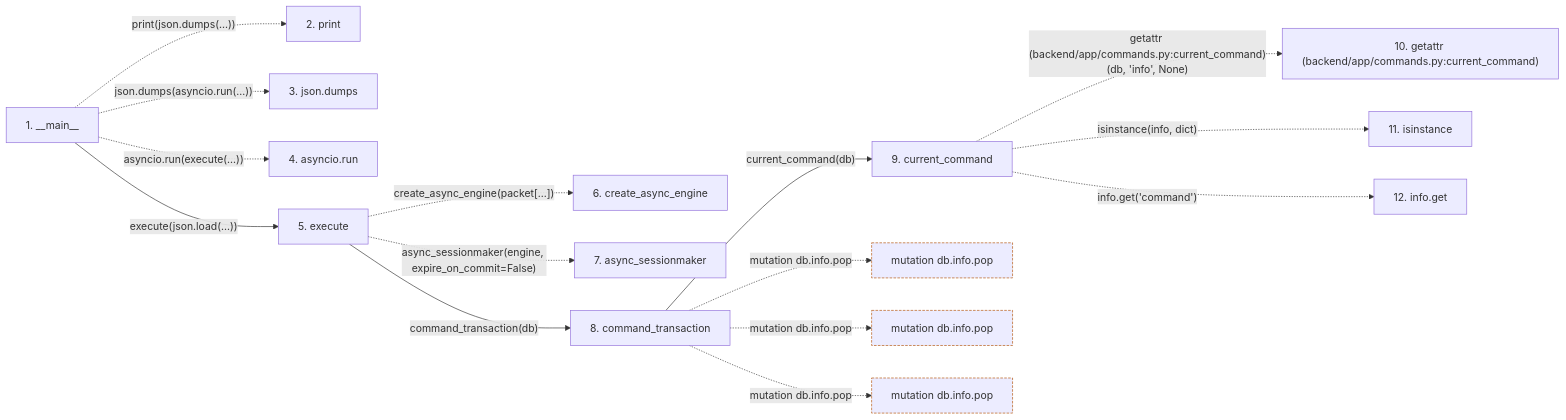
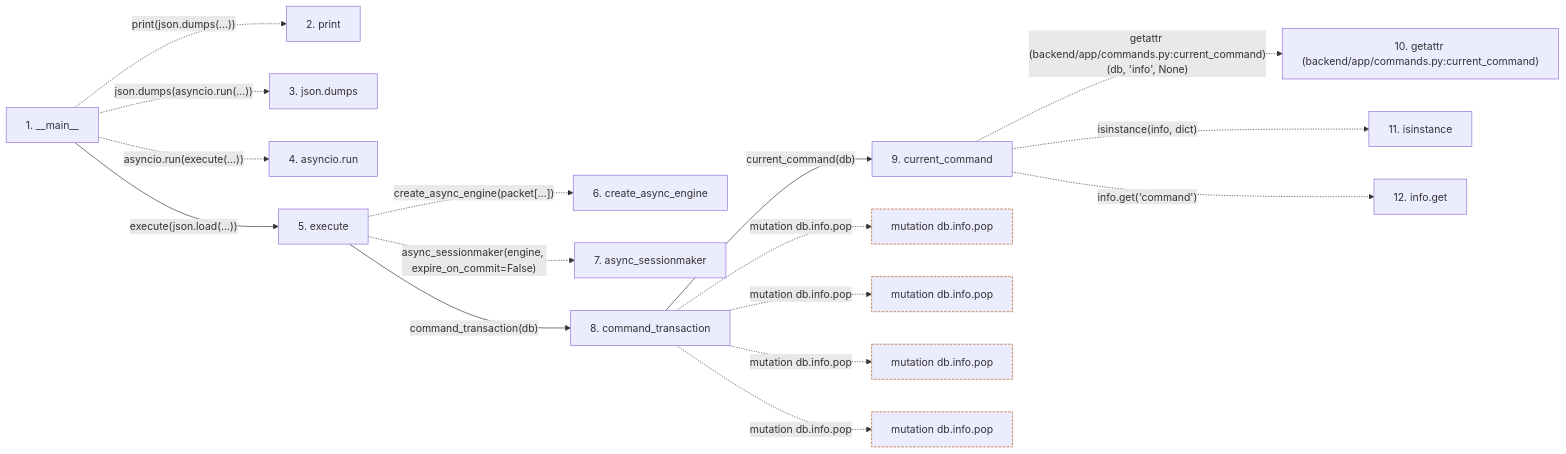
The second of 2 diagrams in docs/llm_wiki/flows/process-runtime_peer.md (Denissvgn/WorkChord), drawn with Mermaid before and after one commit. The commit also changed other lines of this file and 2344 other files, not shown here.

````diff
--- a/docs/llm_wiki/flows/process-runtime_peer.md
+++ b/docs/llm_wiki/flows/process-runtime_peer.md
@@ -85,40 +85,43 @@
 ```mermaid
 flowchart LR
     s1["1. __main__"]
     s2["2. print"]
     s3["3. json.dumps"]
     s4["4. asyncio.run"]
     s5["5. execute"]
     s6["6. create_async_engine"]
     s7["7. async_sessionmaker"]
     s8["8. command_transaction"]
     s9["9. current_command"]
     s10["10. getattr (backend/app/commands.py:current_command)"]
     s11["11. isinstance"]
     s12["12. info.get"]
     s1 -. "print(json.dumps(...))" .-> s2
     s1 -. "json.dumps(asyncio.run(...))" .-> s3
     s1 -. "asyncio.run(execute(...))" .-> s4
     s1 -->|"execute(json.load(...))"| s5
     s5 -. "create_async_engine(packet[...])" .-> s6
     s5 -. "async_sessionmaker(engine, expire_on_commit=False)" .-> s7
     s5 -->|"command_transaction(db)"| s8
     s8 -->|"current_command(db)"| s9
     s9 -. "getattr (backend/app/commands.py:current_command)(db, 'info', None)" .-> s10
     s9 -. "isinstance(info, dict)" .-> s11
     s9 -. "info.get('command')" .-> s12
     b0["mutation db.info.pop"]
     s8 -. "mutation db.info.pop" .-> b0
     b1["mutation db.info.pop"]
     s8 -. "mutation db.info.pop" .-> b1
     b2["mutation db.info.pop"]
     s8 -. "mutation db.info.pop" .-> b2
+    b3["mutation db.info.pop"]
+    s8 -. "mutation db.info.pop" .-> b3
     click s1 "../modules/runtime_peer.md"
     click s5 "../modules/runtime_peer.md"
     click s8 "../modules/commands.md"
     click s9 "../modules/commands.md"
     classDef boundary stroke:#b45309,stroke-dasharray: 4 2
     class b0 boundary
     class b1 boundary
     class b2 boundary
+    class b3 boundary
 ```
````
